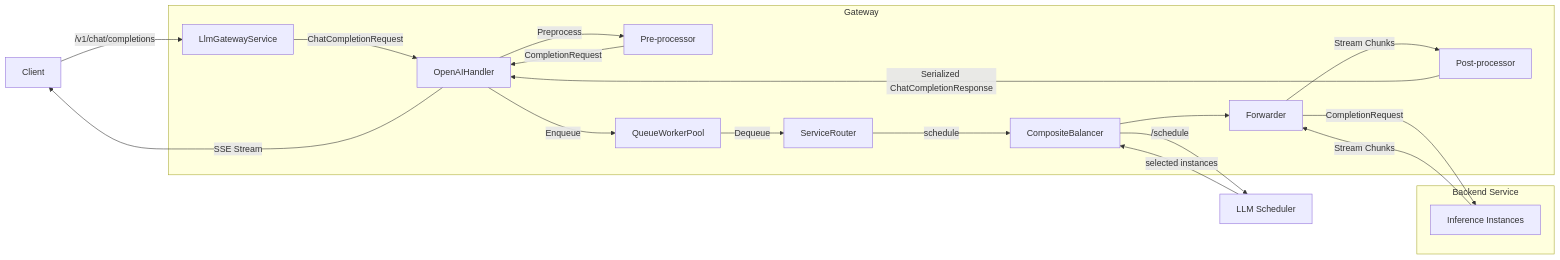
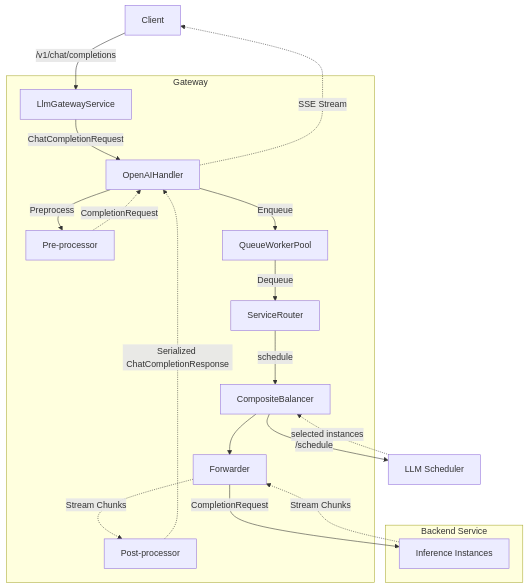
The diagram in docs/source/design/gateway_architecture.md (llumnix-project/llumnix), drawn with Mermaid before and after one commit. The commit also changed 3 other files, not shown here.

````diff
--- a/docs/source/design/gateway_architecture.md
+++ b/docs/source/design/gateway_architecture.md
@@ -104,37 +104,38 @@
 ```mermaid
-graph LR
+%%{init: {'flowchart': {'curve': 'basis', 'nodeSpacing': 30}}}%%
+graph TB
     Client[Client]
     
     subgraph Gateway["Gateway"]
         Service[LlmGatewayService]
         Handler[OpenAIHandler]
         PreProc[Pre-processor]
         Queue[QueueWorkerPool]
         Router[ServiceRouter]
         LB[CompositeBalancer]
         Forwarder[Forwarder]
         PostProc[Post-processor]
     end
     
     subgraph Backend["Backend Service"]
         Internal[Inference Instances]
     end
     
     Scheduler[LLM Scheduler]
     
     Client -->|/v1/chat/completions| Service
     Service --> |ChatCompletionRequest| Handler
     Handler --> |Preprocess| PreProc
-    PreProc --> |CompletionRequest| Handler
+    PreProc -.-> |CompletionRequest| Handler
     Handler --> |Enqueue| Queue
     Queue --> |Dequeue|Router
     Router -->|schedule| LB
     LB -->|/schedule| Scheduler
-    Scheduler -->|selected instances| LB
+    Scheduler -.->|selected instances| LB
     LB --> Forwarder
     Forwarder -->|CompletionRequest| Internal
-    Internal -->|Stream Chunks| Forwarder
-    Forwarder -->|Stream Chunks| PostProc
-    PostProc -->|Serialized ChatCompletionResponse| Handler
-    Handler -->|SSE Stream| Client
+    Internal -.->|Stream Chunks| Forwarder
+    Forwarder -.->|Stream Chunks| PostProc
+    PostProc -.->|Serialized ChatCompletionResponse| Handler
+    Handler -.->|SSE Stream| Client
 ```
````
